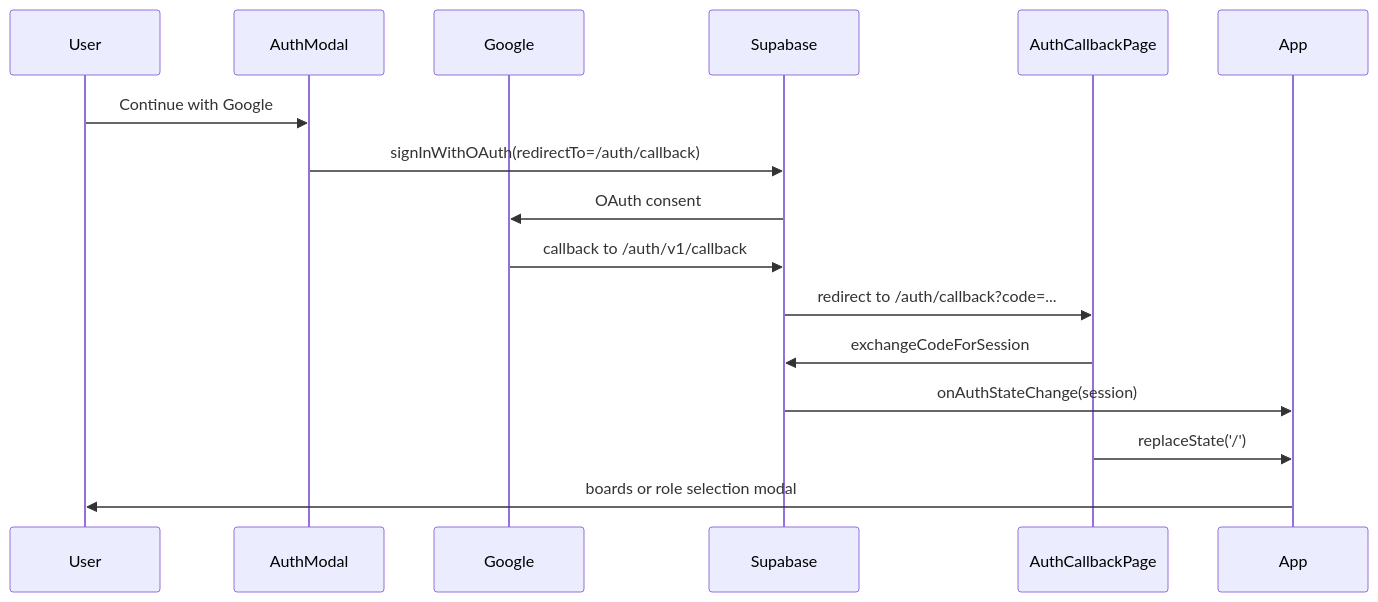
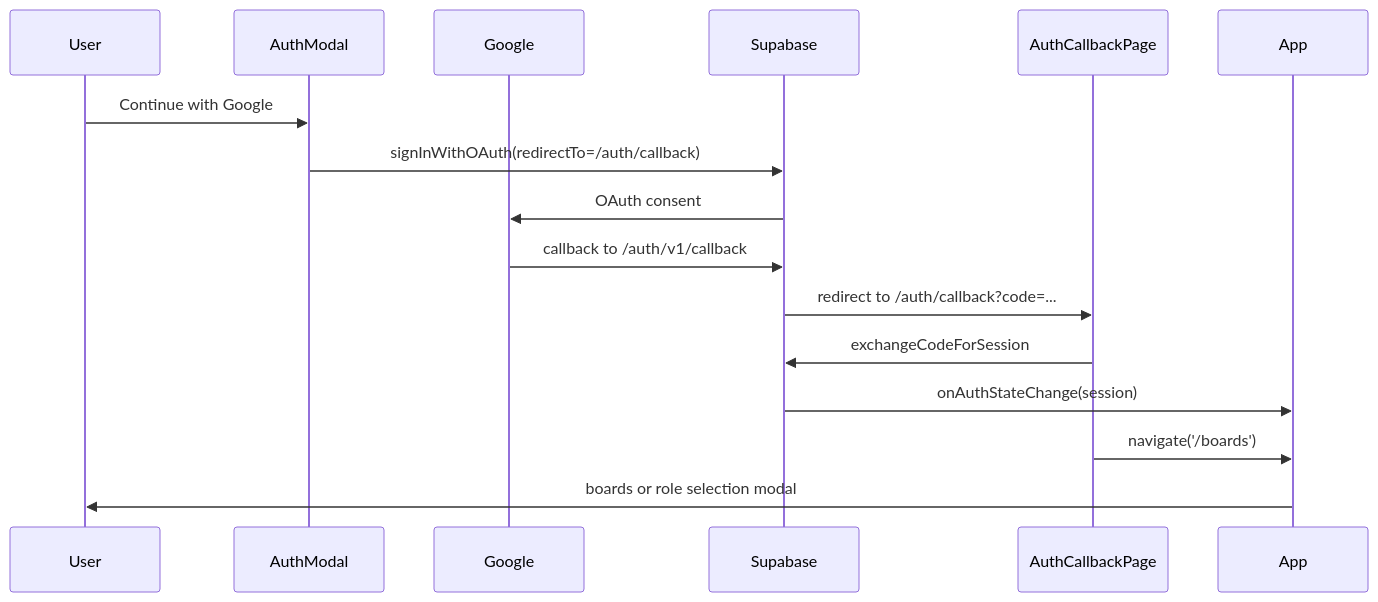
One commit to gitVera/vibeboardfrontend changed the first of 2 diagrams in docs/auth.md. Above: the diagram before and after it, drawn with Mermaid. The commit also changed other lines of this file and 5 other files, not shown here.

Commit message:
Add routing docs and finalize boards/auth flow

````diff
--- a/docs/auth.md
+++ b/docs/auth.md
@@ -129,19 +145,19 @@
 ```mermaid
 sequenceDiagram
   participant User
   participant AuthModal
   participant Google
   participant Supabase
   participant AuthCallbackPage
   participant App
 
   User->>AuthModal: Continue with Google
   AuthModal->>Supabase: signInWithOAuth(redirectTo=/auth/callback)
   Supabase->>Google: OAuth consent
   Google->>Supabase: callback to /auth/v1/callback
   Supabase->>AuthCallbackPage: redirect to /auth/callback?code=...
   AuthCallbackPage->>Supabase: exchangeCodeForSession
   Supabase->>App: onAuthStateChange(session)
-  AuthCallbackPage->>App: replaceState('/')
+  AuthCallbackPage->>App: navigate('/boards')
   App->>User: boards or role selection modal
 ```
````
